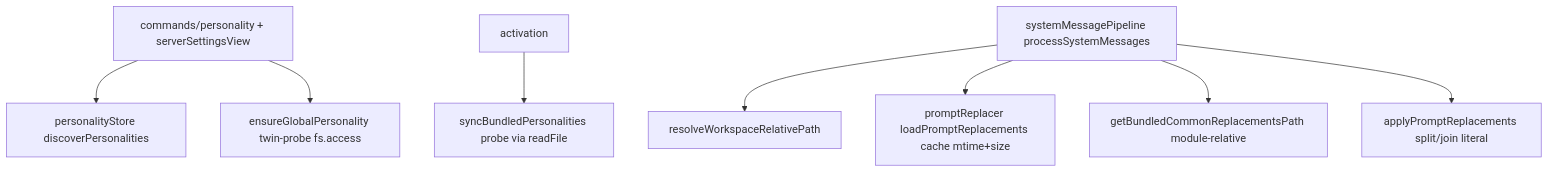
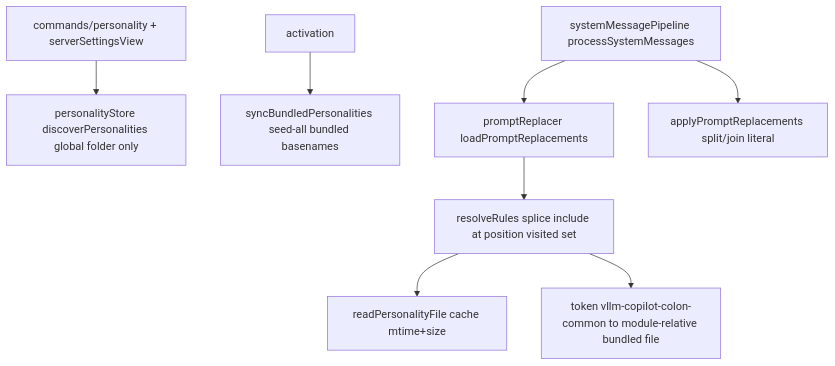
Diagram 16 of 18 in docs/complexity-audit.md (fuzzifikation/vLLM-Copilot), drawn with Mermaid before and after one commit. The commit also changed other lines of this file and 26 other files, not shown here.

First line of the commit message:
v1.36.4: offline dashboard verdict, personality include files

````diff
--- a/docs/complexity-audit.md
+++ b/docs/complexity-audit.md
@@ -616,10 +621,10 @@
 ```mermaid
 flowchart TD
-    CMD[commands/personality + serverSettingsView] --> DISC[personalityStore discoverPersonalities]
-    CMD --> ENS[ensureGlobalPersonality twin-probe fs.access]
-    ACT[activation] --> SYNC[syncBundledPersonalities probe via readFile]
-    PIPE[systemMessagePipeline processSystemMessages] --> RES[resolveWorkspaceRelativePath]
-    PIPE --> LOAD[promptReplacer loadPromptReplacements cache mtime+size]
-    PIPE --> COMMON[getBundledCommonReplacementsPath module-relative]
+    CMD[commands/personality + serverSettingsView] --> DISC[personalityStore discoverPersonalities global folder only]
+    ACT[activation] --> SYNC[syncBundledPersonalities seed-all bundled basenames]
+    PIPE[systemMessagePipeline processSystemMessages] --> LOAD[promptReplacer loadPromptReplacements]
+    LOAD --> RES[resolveRules splice include at position visited set]
+    RES --> READ[readPersonalityFile cache mtime+size]
+    RES --> TOK[token vllm-copilot-colon-common to module-relative bundled file]
     PIPE --> APPLY[applyPromptReplacements split/join literal]
 ```
````
